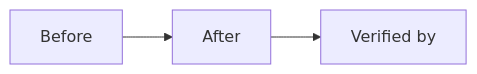
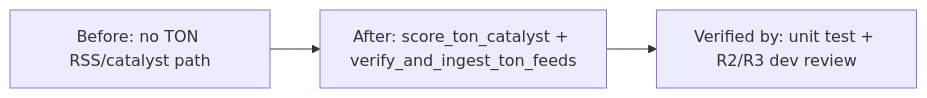
The diagram in .sdlc/leaf-ton-rss-catalysts/merge-dossier.md (hcross/robotrader), drawn with Mermaid before and after one commit. The commit also changed other lines of this file and 1 other file, not shown here.

Commit message:
chore(leaf-ton-rss-catalysts): sync ledger before final rebase

````diff
--- a/.sdlc/leaf-ton-rss-catalysts/merge-dossier.md
+++ b/.sdlc/leaf-ton-rss-catalysts/merge-dossier.md
@@ -15,4 +15,4 @@
 ```mermaid
 flowchart LR
-  A["Before"] --> B["After"] --> C["Verified by"]
+  A["Before: no TON RSS/catalyst path"] --> B["After: score_ton_catalyst + verify_and_ingest_ton_feeds"] --> C["Verified by: unit test + R2/R3 dev review"]
 ```
````
